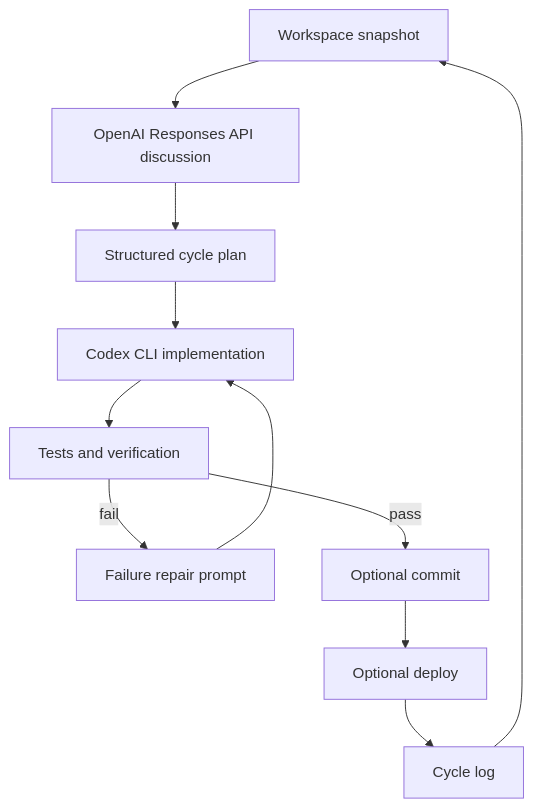
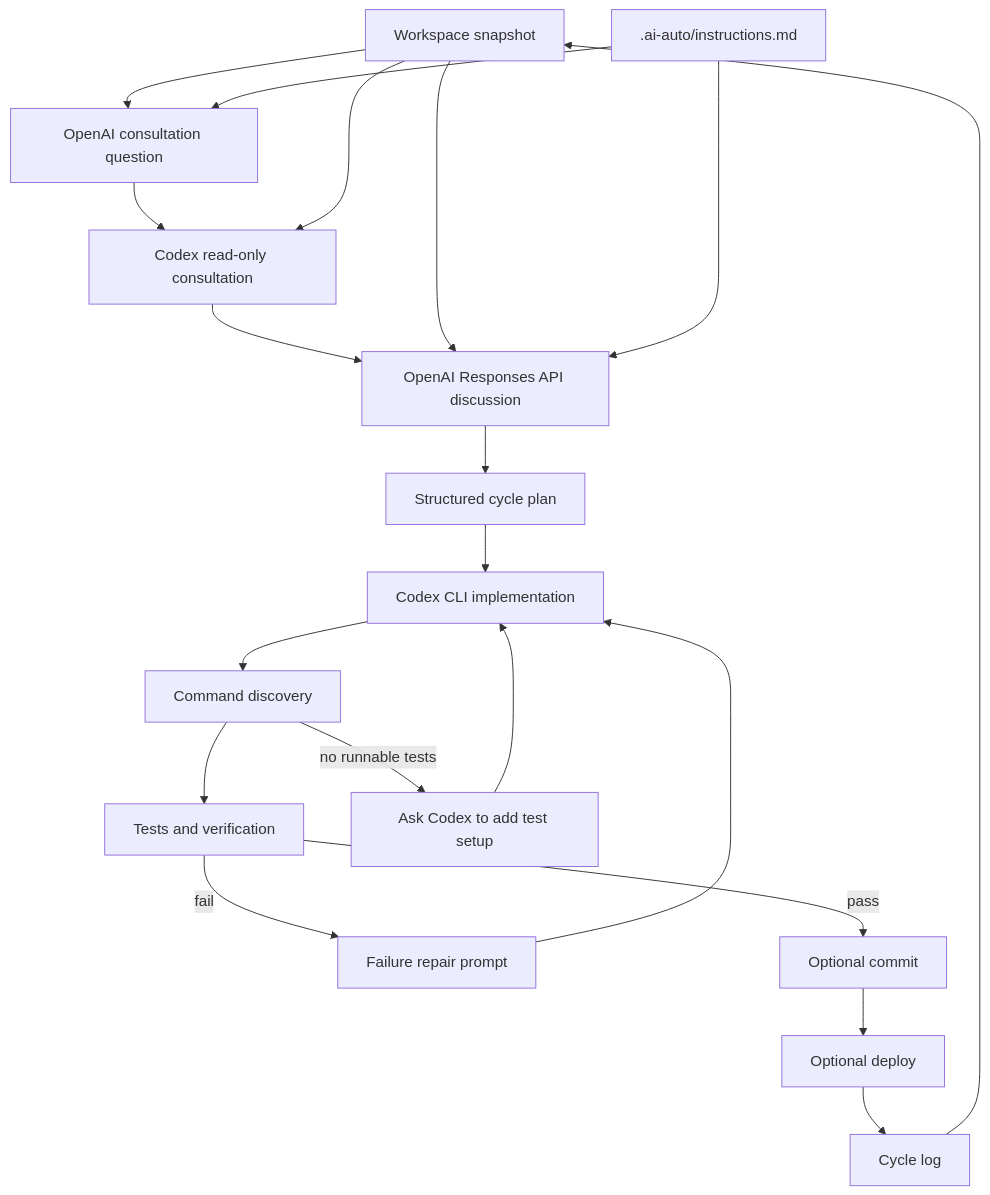
The diagram in docs/architecture.md (anychhoice/ai-auto), drawn with Mermaid before and after one commit. The commit also changed other lines of this file and 16 other files, not shown here.

````diff
--- a/docs/architecture.md
+++ b/docs/architecture.md
@@ -9,13 +13,22 @@
 ```mermaid
 flowchart TD
-  A["Workspace snapshot"] --> B["OpenAI Responses API discussion"]
+  A["Workspace snapshot"] --> Q["OpenAI consultation question"]
+  J[".ai-auto/instructions.md"] --> Q
+  Q --> K["Codex read-only consultation"]
+  A --> K
+  K --> B["OpenAI Responses API discussion"]
+  A --> B
+  J --> B
   B --> C["Structured cycle plan"]
   C --> D["Codex CLI implementation"]
-  D --> E["Tests and verification"]
+  D --> L["Command discovery"]
+  L --> E["Tests and verification"]
+  L -->|no runnable tests| M["Ask Codex to add test setup"]
   E -->|fail| F["Failure repair prompt"]
+  M --> D
   F --> D
   E -->|pass| G["Optional commit"]
   G --> H["Optional deploy"]
   H --> I["Cycle log"]
   I --> A
 ```
````
